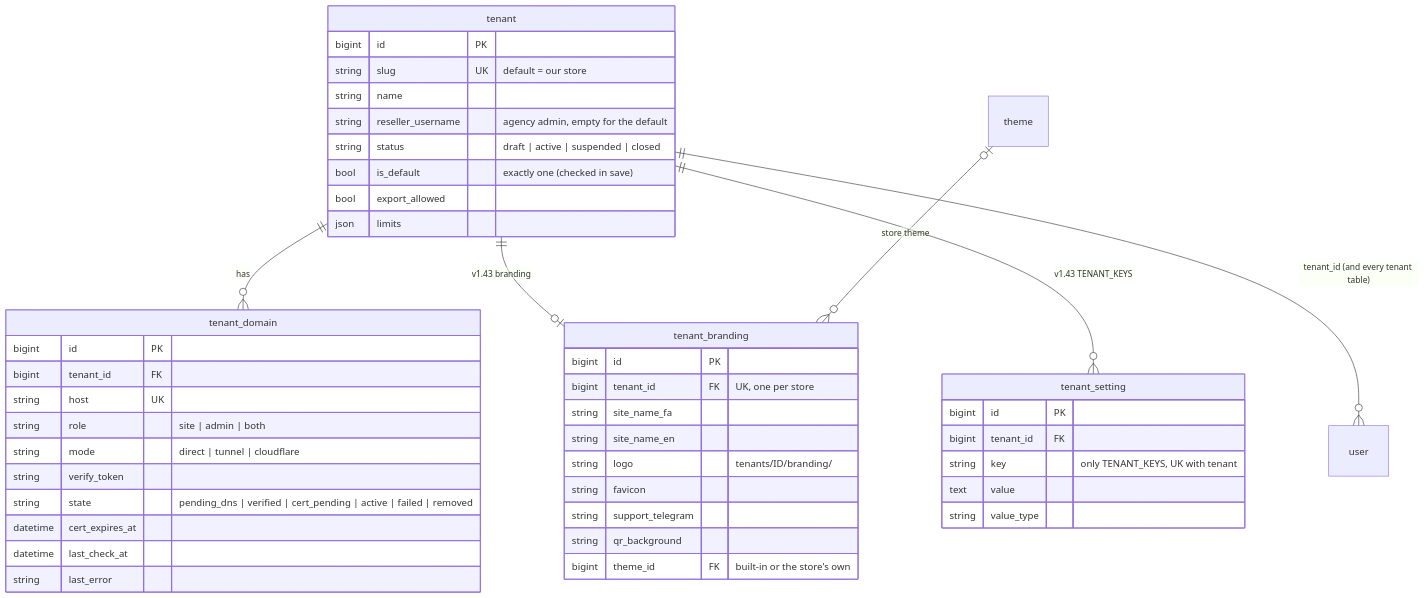
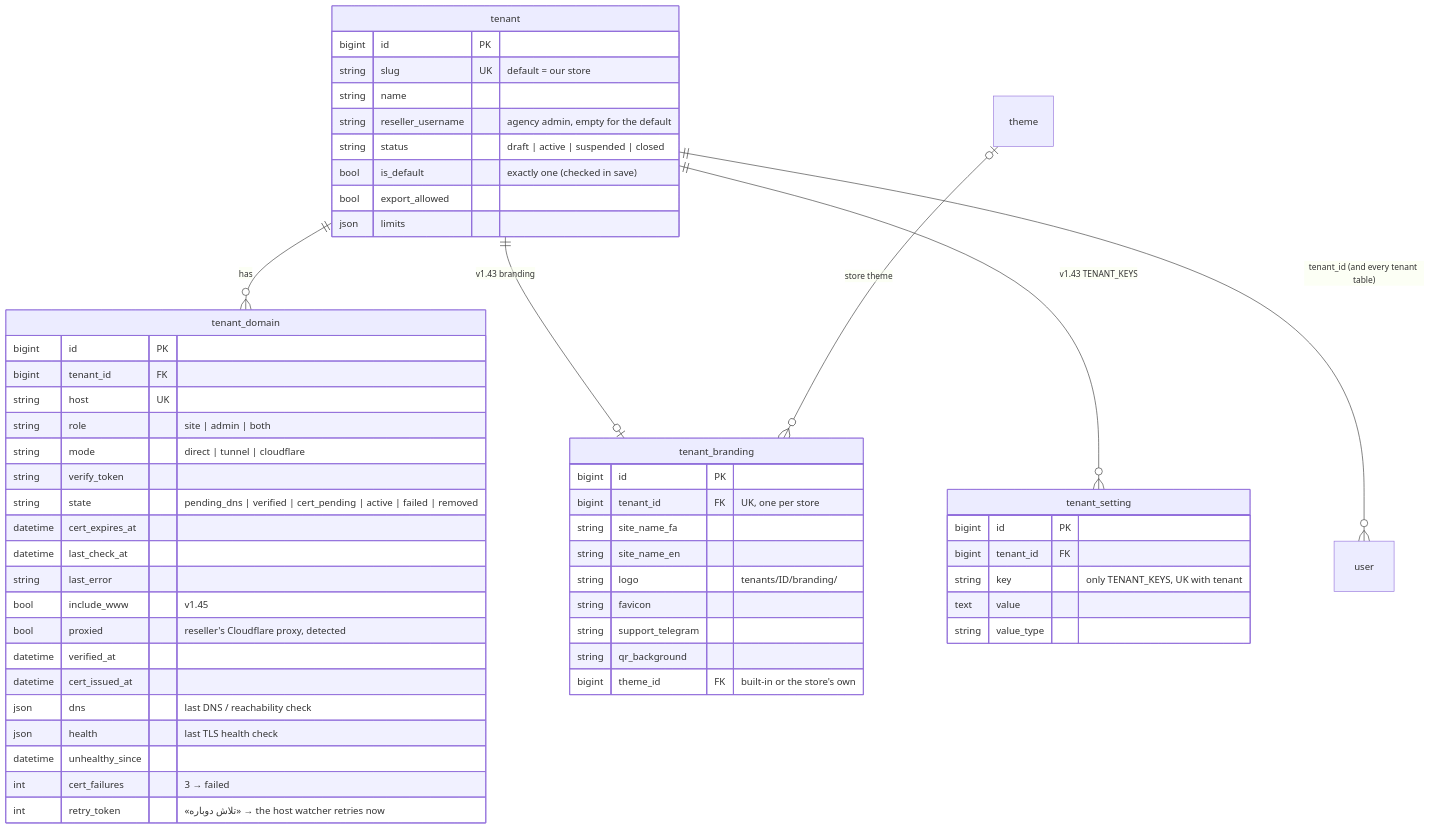
The first of 9 diagrams in docs/erd.md (santiyagoburcart/caspintunel), drawn with Mermaid before and after one commit. The commit also changed other lines of this file and 29 other files, not shown here.

````diff
--- a/docs/erd.md
+++ b/docs/erd.md
@@ -22,48 +22,57 @@
 ```mermaid
 erDiagram
     tenant ||--o{ tenant_domain : has
     tenant ||--o| tenant_branding : "v1.43 branding"
     tenant ||--o{ tenant_setting : "v1.43 TENANT_KEYS"
     theme |o--o{ tenant_branding : "store theme"
     tenant ||--o{ user : "tenant_id (and every tenant table)"
     tenant {
         bigint id PK
         string slug UK "default = our store"
         string name
         string reseller_username "agency admin, empty for the default"
         string status "draft | active | suspended | closed"
         bool is_default "exactly one (checked in save)"
         bool export_allowed
         json limits
     }
     tenant_domain {
         bigint id PK
         bigint tenant_id FK
         string host UK
         string role "site | admin | both"
         string mode "direct | tunnel | cloudflare"
         string verify_token
         string state "pending_dns | verified | cert_pending | active | failed | removed"
         datetime cert_expires_at
         datetime last_check_at
         string last_error
+        bool include_www "v1.45"
+        bool proxied "reseller's Cloudflare proxy, detected"
+        datetime verified_at
+        datetime cert_issued_at
+        json dns "last DNS / reachability check"
+        json health "last TLS health check"
+        datetime unhealthy_since
+        int cert_failures "3 → failed"
+        int retry_token "«تلاش دوباره» → the host watcher retries now"
     }
     tenant_branding {
         bigint id PK
         bigint tenant_id FK "UK, one per store"
         string site_name_fa
         string site_name_en
         string logo "tenants/ID/branding/"
         string favicon
         string support_telegram
         string qr_background
         bigint theme_id FK "built-in or the store's own"
     }
     tenant_setting {
         bigint id PK
         bigint tenant_id FK
         string key "only TENANT_KEYS, UK with tenant"
         text value
         string value_type
     }
 ```
````
